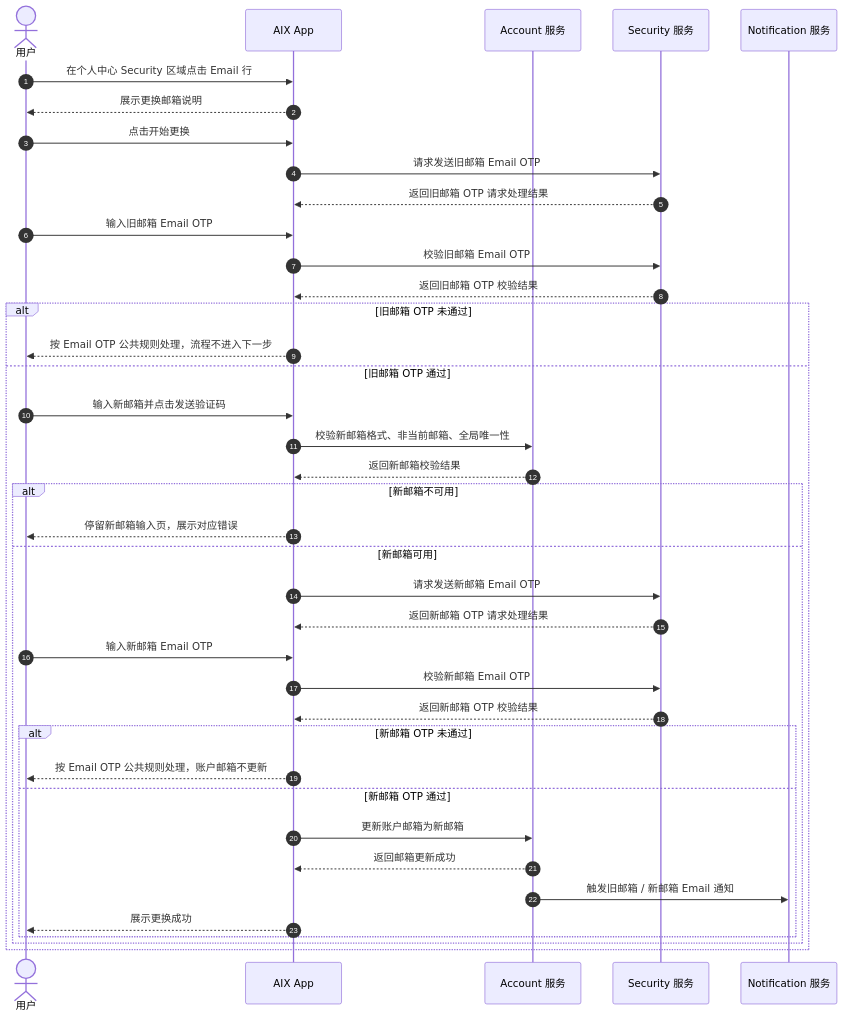
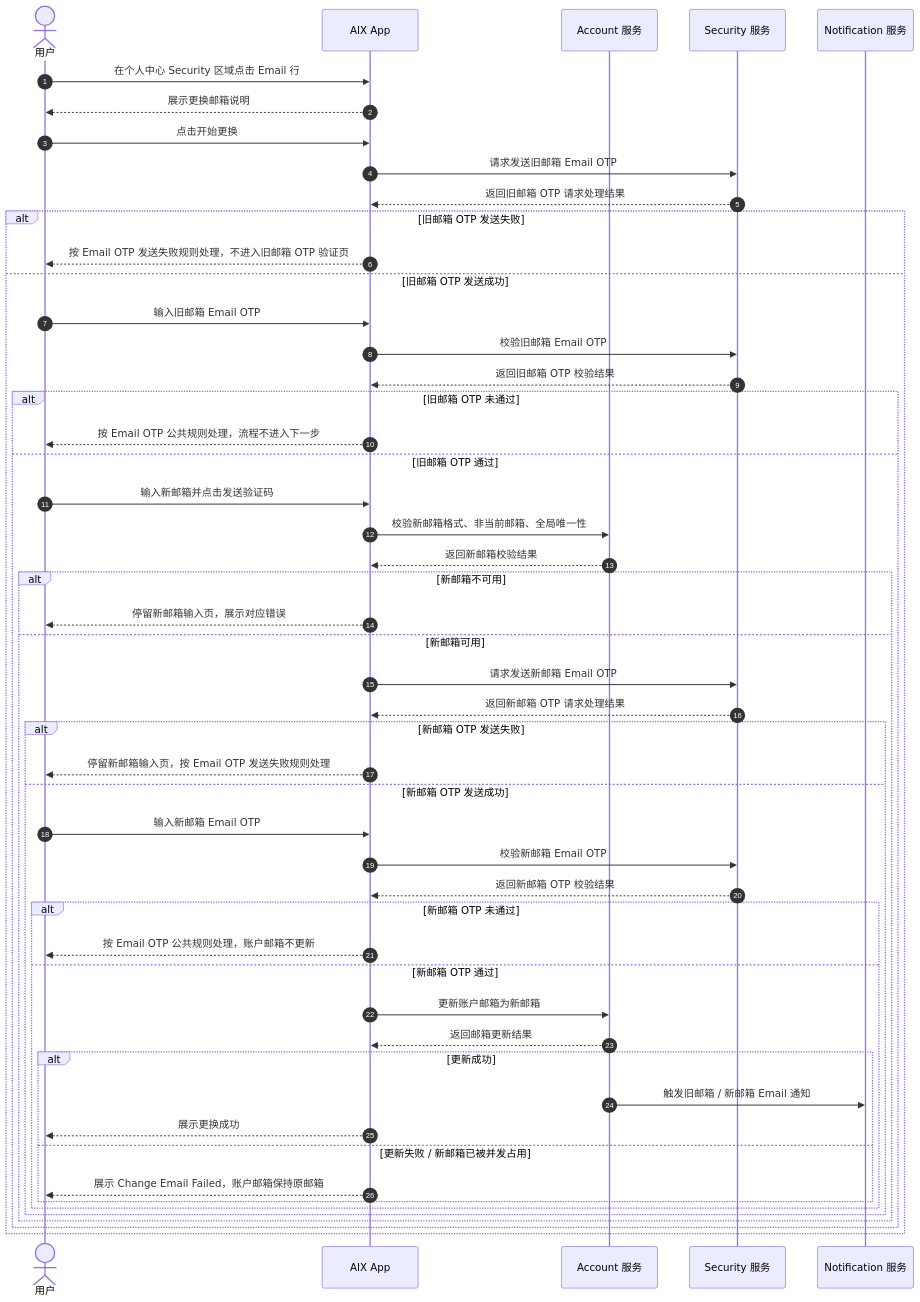
Before and after one commit to kelvin381539960-cyber/prd-for-ai: the first of 3 diagrams in requirements/2026-05/account/change-email.md, drawn with Mermaid. The commit also changed other lines of this file, not shown here.

Commit message:
Add state machine and failure handling to Change Email PRD

````diff
--- a/requirements/2026-05/account/change-email.md
+++ b/requirements/2026-05/account/change-email.md
@@ -70,46 +70,61 @@
 ```mermaid
 sequenceDiagram
     autonumber
     actor User as 用户
     participant App as AIX App
     participant Account as Account 服务
     participant Security as Security 服务
     participant Notification as Notification 服务
 
     User->>App: 在个人中心 Security 区域点击 Email 行
     App-->>User: 展示更换邮箱说明
     User->>App: 点击开始更换
 
     App->>Security: 请求发送旧邮箱 Email OTP
     Security-->>App: 返回旧邮箱 OTP 请求处理结果
-    User->>App: 输入旧邮箱 Email OTP
-    App->>Security: 校验旧邮箱 Email OTP
-    Security-->>App: 返回旧邮箱 OTP 校验结果
 
-    alt 旧邮箱 OTP 未通过
-        App-->>User: 按 Email OTP 公共规则处理，流程不进入下一步
-    else 旧邮箱 OTP 通过
-        User->>App: 输入新邮箱并点击发送验证码
-        App->>Account: 校验新邮箱格式、非当前邮箱、全局唯一性
-        Account-->>App: 返回新邮箱校验结果
+    alt 旧邮箱 OTP 发送失败
+        App-->>User: 按 Email OTP 发送失败规则处理，不进入旧邮箱 OTP 验证页
+    else 旧邮箱 OTP 发送成功
+        User->>App: 输入旧邮箱 Email OTP
+        App->>Security: 校验旧邮箱 Email OTP
+        Security-->>App: 返回旧邮箱 OTP 校验结果
 
-        alt 新邮箱不可用
-            App-->>User: 停留新邮箱输入页，展示对应错误
-        else 新邮箱可用
-            App->>Security: 请求发送新邮箱 Email OTP
-            Security-->>App: 返回新邮箱 OTP 请求处理结果
-            User->>App: 输入新邮箱 Email OTP
-            App->>Security: 校验新邮箱 Email OTP
-            Security-->>App: 返回新邮箱 OTP 校验结果
+        alt 旧邮箱 OTP 未通过
+            App-->>User: 按 Email OTP 公共规则处理，流程不进入下一步
+        else 旧邮箱 OTP 通过
+            User->>App: 输入新邮箱并点击发送验证码
+            App->>Account: 校验新邮箱格式、非当前邮箱、全局唯一性
+            Account-->>App: 返回新邮箱校验结果
 
-            alt 新邮箱 OTP 未通过
-                App-->>User: 按 Email OTP 公共规则处理，账户邮箱不更新
-            else 新邮箱 OTP 通过
-                App->>Account: 更新账户邮箱为新邮箱
-                Account-->>App: 返回邮箱更新成功
-                Account->>Notification: 触发旧邮箱 / 新邮箱 Email 通知
-                App-->>User: 展示更换成功
+            alt 新邮箱不可用
+                App-->>User: 停留新邮箱输入页，展示对应错误
+            else 新邮箱可用
+                App->>Security: 请求发送新邮箱 Email OTP
+                Security-->>App: 返回新邮箱 OTP 请求处理结果
+
+                alt 新邮箱 OTP 发送失败
+                    App-->>User: 停留新邮箱输入页，按 Email OTP 发送失败规则处理
+                else 新邮箱 OTP 发送成功
+                    User->>App: 输入新邮箱 Email OTP
+                    App->>Security: 校验新邮箱 Email OTP
+                    Security-->>App: 返回新邮箱 OTP 校验结果
+
+                    alt 新邮箱 OTP 未通过
+                        App-->>User: 按 Email OTP 公共规则处理，账户邮箱不更新
+                    else 新邮箱 OTP 通过
+                        App->>Account: 更新账户邮箱为新邮箱
+                        Account-->>App: 返回邮箱更新结果
+
+                        alt 更新成功
+                            Account->>Notification: 触发旧邮箱 / 新邮箱 Email 通知
+                            App-->>User: 展示更换成功
+                        else 更新失败 / 新邮箱已被并发占用
+                            App-->>User: 展示 Change Email Failed，账户邮箱保持原邮箱
+                        end
+                    end
+                end
             end
         end
     end
 ```
````
